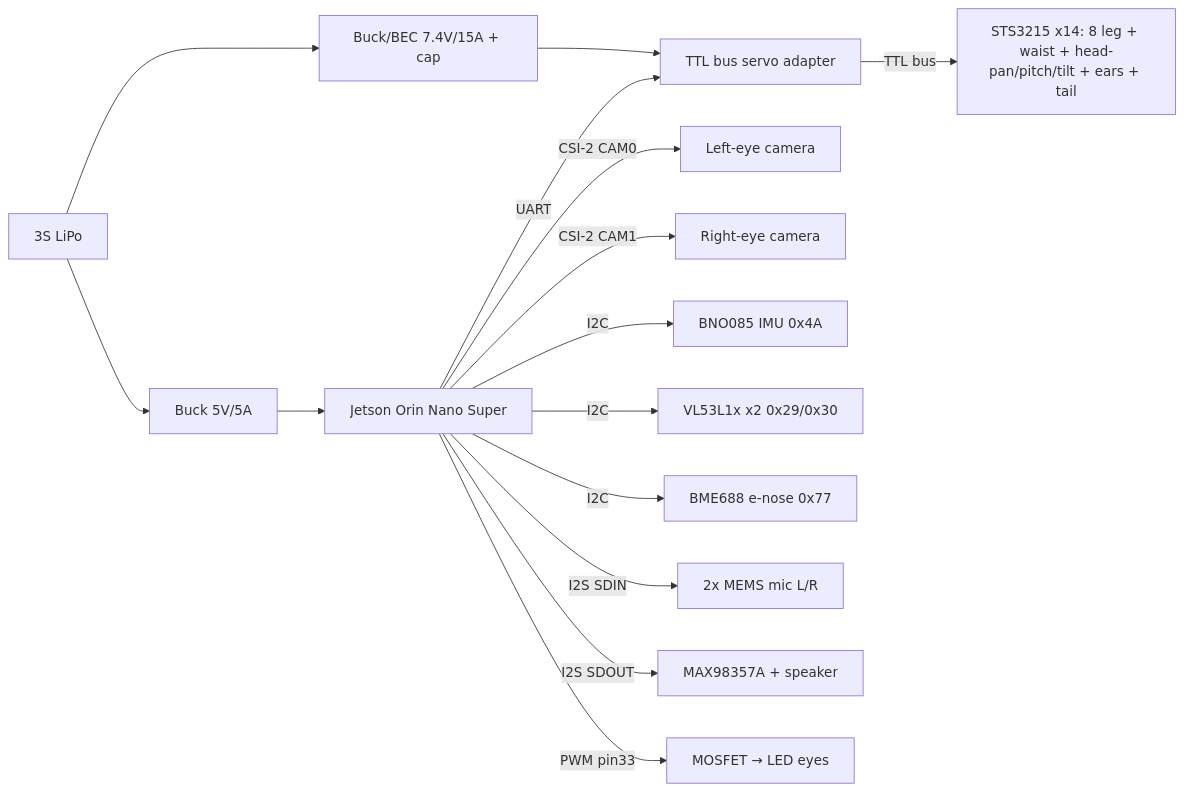
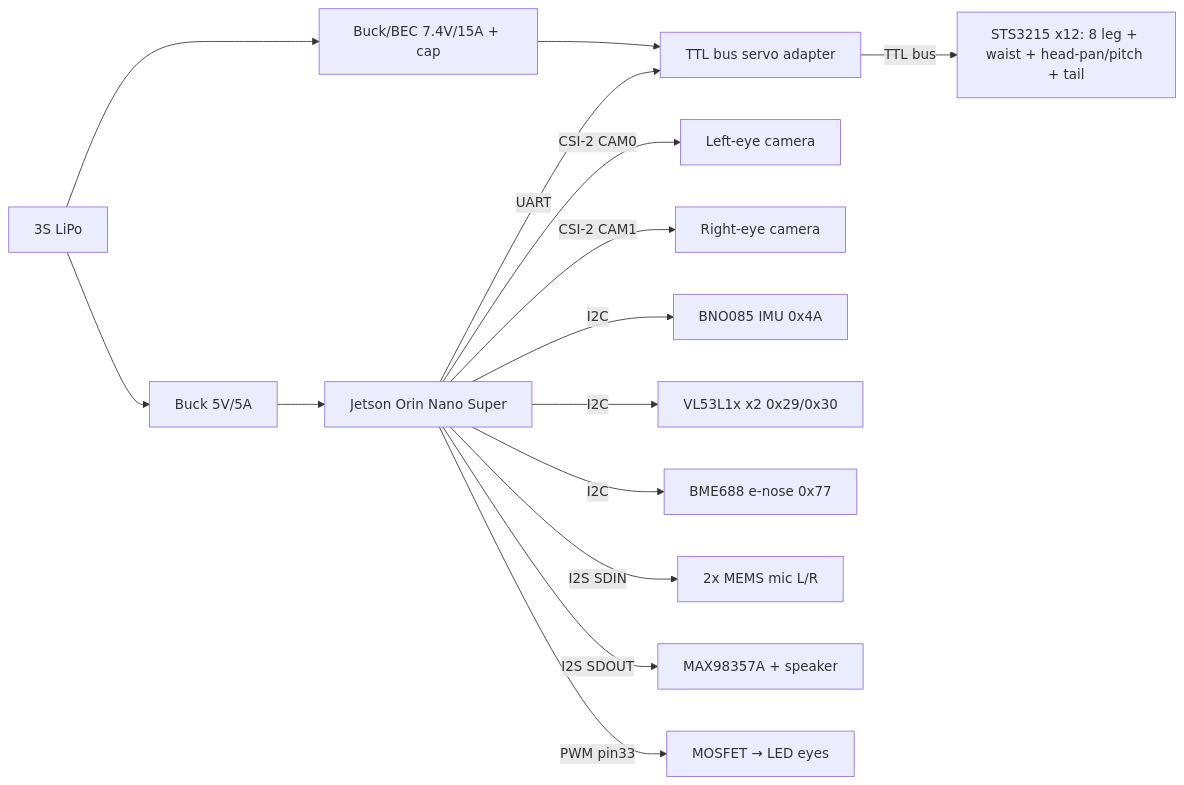
Before and after one commit to YounghyeonPark/sabo-quadruped: the diagram in docs/edge_ai_hardware.md, drawn with Mermaid. The commit also changed other lines of this file and 43 other files, not shown here.

````diff
--- a/docs/edge_ai_hardware.md
+++ b/docs/edge_ai_hardware.md
@@ -110,17 +110,17 @@
 ```mermaid
 graph LR
   BAT[3S LiPo] --> B5[Buck 5V/5A]
   BAT --> B7[Buck/BEC 7.4V/15A + cap]
   B5 --> J[Jetson Orin Nano Super]
   B7 --> ADP[TTL bus servo adapter]
   J -- CSI-2 CAM0 --> CAML[Left-eye camera]
   J -- CSI-2 CAM1 --> CAMR[Right-eye camera]
   J -- UART --> ADP
   J -- I2C --> IMU[BNO085 IMU 0x4A]
   J -- I2C --> TOF[VL53L1x x2 0x29/0x30]
   J -- I2C --> NOSE[BME688 e-nose 0x77]
   J -- I2S SDIN --> MIC[2x MEMS mic L/R]
   J -- I2S SDOUT --> AMP[MAX98357A + speaker]
   J -- PWM pin33 --> LED[MOSFET → LED eyes]
-  ADP -- TTL bus --> S[STS3215 x14: 8 leg + waist + head-pan/pitch/tilt + ears + tail]
+  ADP -- TTL bus --> S[STS3215 x12: 8 leg + waist + head-pan/pitch + tail]
 ```
````
